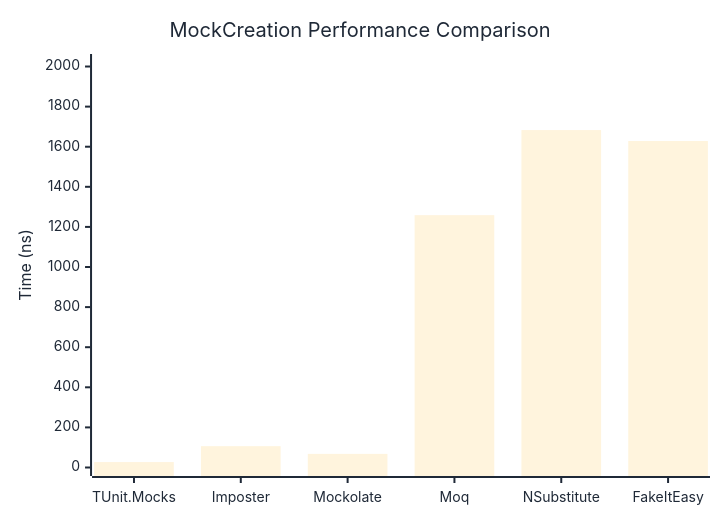
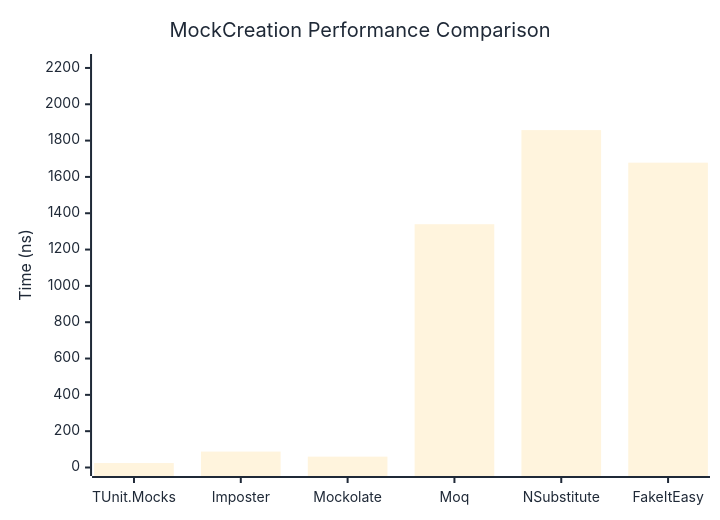
The first of 2 diagrams in docs/docs/benchmarks/mocks/MockCreation.md (thomhurst/TUnit), drawn with Mermaid before and after one commit. The commit also changed other lines of this file and 14 other files, not shown here.

````diff
--- a/docs/docs/benchmarks/mocks/MockCreation.md
+++ b/docs/docs/benchmarks/mocks/MockCreation.md
@@ -28,27 +28,27 @@
 ```mermaid
 %%{init: {
   'theme':'base',
   'themeVariables': {
     'primaryColor': '#2563eb',
     'primaryTextColor': '#1f2937',
     'primaryBorderColor': '#1e40af',
     'lineColor': '#6b7280',
     'secondaryColor': '#7c3aed',
     'tertiaryColor': '#dc2626',
     'background': '#ffffff',
     'pie1': '#2563eb',
     'pie2': '#7c3aed',
     'pie3': '#dc2626',
     'pie4': '#f59e0b',
     'pie5': '#10b981',
     'pie6': '#06b6d4',
     'pie7': '#ec4899',
     'pie8': '#6366f1'
   }
 }}%%
 xychart-beta
   title "MockCreation Performance Comparison"
   x-axis ["TUnit.Mocks", "Imposter", "Mockolate", "Moq", "NSubstitute", "FakeItEasy"]
-  y-axis "Time (ns)" 0 --> 2020
-  bar [27.12, 106.37, 67.95, 1258.65, 1683.01, 1628.57]
+  y-axis "Time (ns)" 0 --> 2230
+  bar [24.55, 87.66, 59.75, 1339.56, 1857.81, 1678.45]
 ```
````
